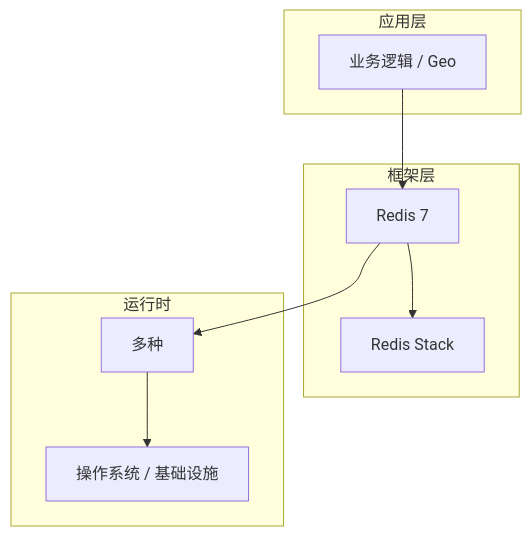
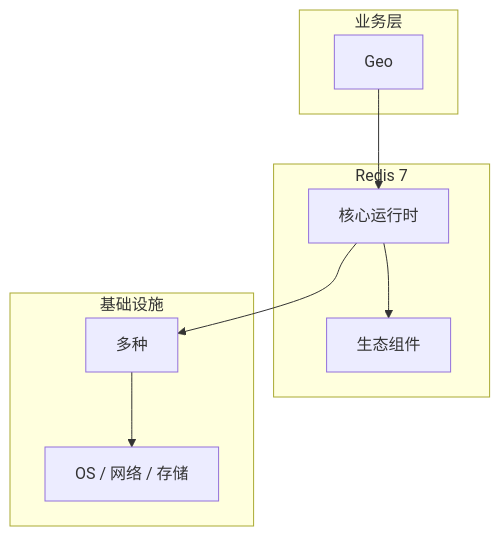
The diagram in articles/Redis/chapters/055-Geo核心概念与原理.md (yanggan2015/knowledge-json-v2), drawn with Mermaid before and after one commit. The commit also changed other lines of this file and 10127 other files, not shown here.

````diff
--- a/articles/Redis/chapters/055-Geo核心概念与原理.md
+++ b/articles/Redis/chapters/055-Geo核心概念与原理.md
@@ -45,18 +34,18 @@
 ```mermaid
 graph TB
-    subgraph 应用层
-        A[业务逻辑 / Geo]
+    subgraph 业务层
+        A[Geo]
     end
-    subgraph 框架层
-        B[Redis 7]
-        C[Redis Stack]
+    subgraph Redis 7
+        B[核心运行时]
+        C[生态组件]
     end
-    subgraph 运行时
+    subgraph 基础设施
         D[多种]
-        E[操作系统 / 基础设施]
+        E[OS / 网络 / 存储]
     end
     A --> B
     B --> C
     B --> D
     D --> E
 ```
````
